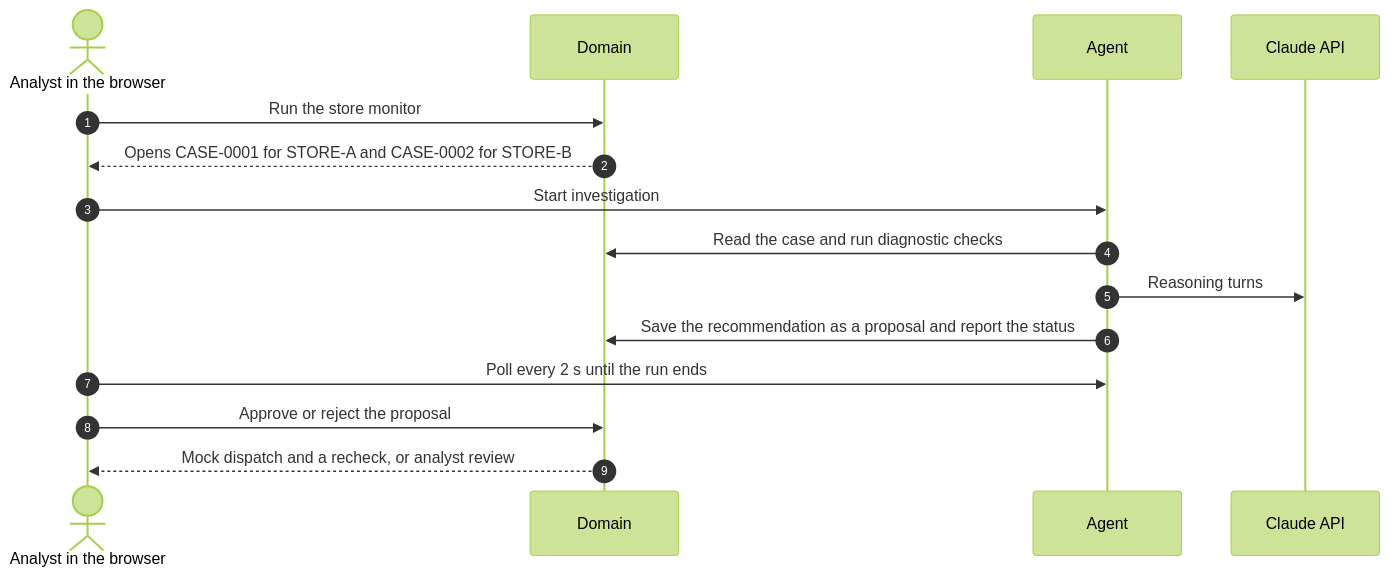
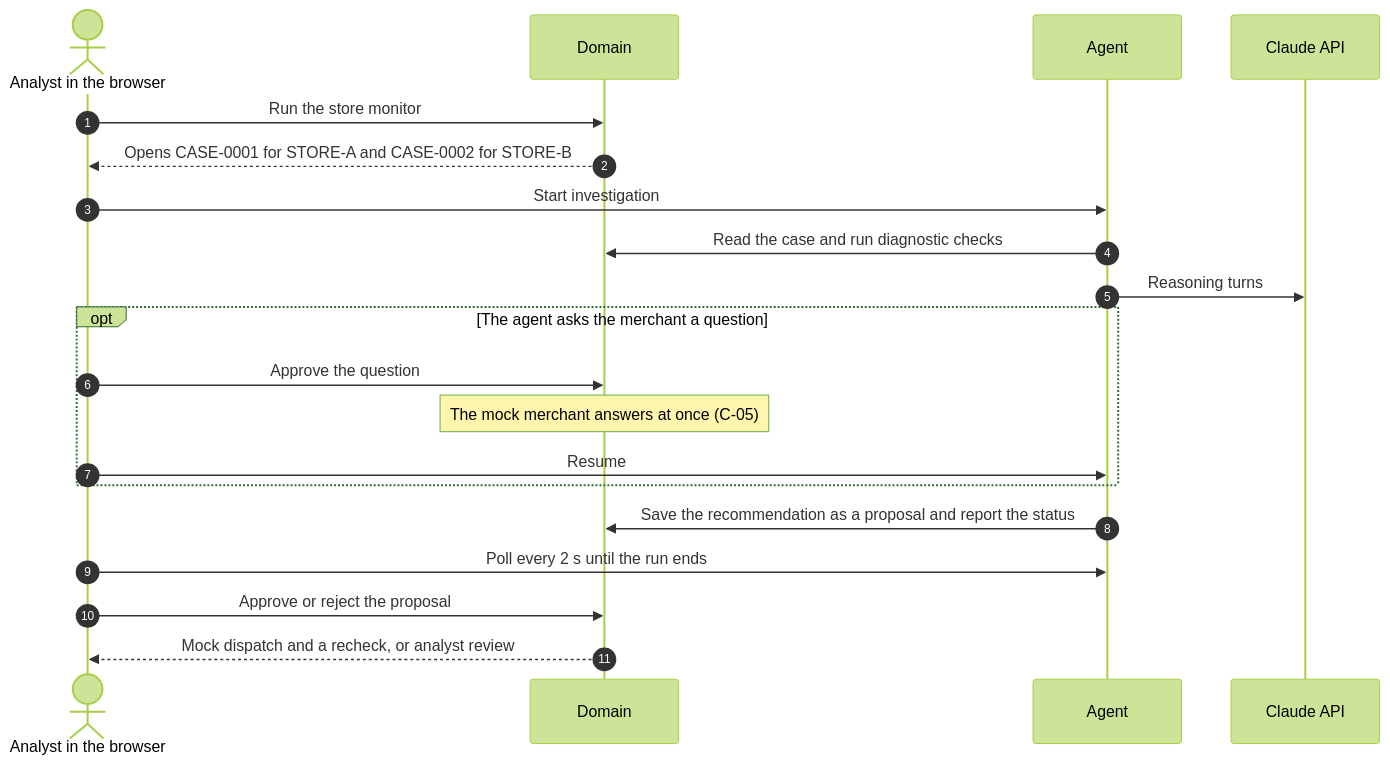
Before and after one commit to Beaconfire-GenAI-Sep26/retail-internal-ai-agent: the diagram in docs/e2e-testing.md, drawn with Mermaid (forest theme). The commit also changed other lines of this file and 21 other files, not shown here.

````diff
--- a/docs/e2e-testing.md
+++ b/docs/e2e-testing.md
@@ -31,17 +30,22 @@
 ```mermaid
 sequenceDiagram
     autonumber
     actor U as Analyst in the browser
     participant D as Domain
     participant A as Agent
     participant C as Claude API
     U->>D: Run the store monitor
     D-->>U: Opens CASE-0001 for STORE-A and CASE-0002 for STORE-B
     U->>A: Start investigation
     A->>D: Read the case and run diagnostic checks
     A->>C: Reasoning turns
+    opt The agent asks the merchant a question
+        U->>D: Approve the question
+        Note over D: The mock merchant answers at once (C-05)
+        U->>A: Resume
+    end
     A->>D: Save the recommendation as a proposal and report the status
     U->>A: Poll every 2 s until the run ends
     U->>D: Approve or reject the proposal
     D-->>U: Mock dispatch and a recheck, or analyst review
 ```
````
